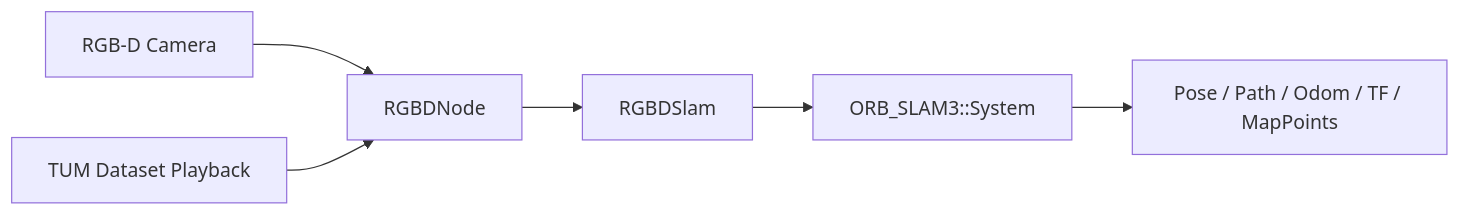
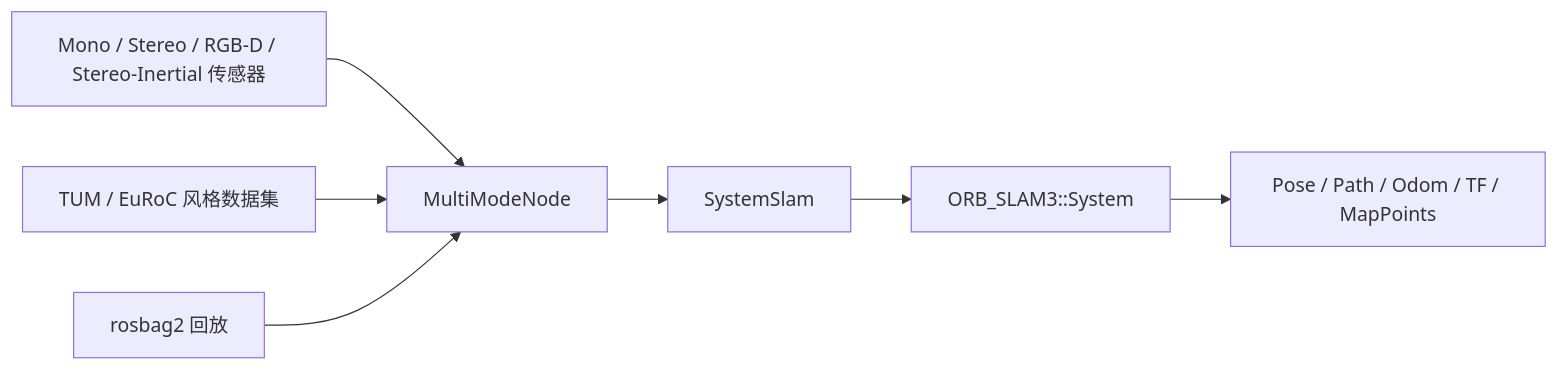
Before and after one commit to X-IOT-study/orbslam3_ros: the diagram in README_zh.md, drawn with Mermaid. The commit also changed other lines of this file and 4 other files, not shown here.

````diff
--- a/README_zh.md
+++ b/README_zh.md
@@ -94,8 +74,9 @@
 ```mermaid
 flowchart LR
-    A[RGB-D Camera] --> B[RGBDNode]
-    C[TUM Dataset Playback] --> B
-    B --> D[RGBDSlam]
-    D --> E[ORB_SLAM3::System]
-    E --> F[Pose / Path / Odom / TF / MapPoints]
+    A[Mono / Stereo / RGB-D / Stereo-Inertial 传感器] --> B[MultiModeNode]
+    C[TUM / EuRoC 风格数据集] --> B
+    D[rosbag2 回放] --> B
+    B --> E[SystemSlam]
+    E --> F[ORB_SLAM3::System]
+    F --> G[Pose / Path / Odom / TF / MapPoints]
 ```
````
